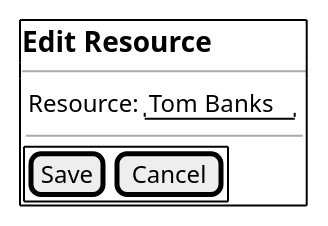
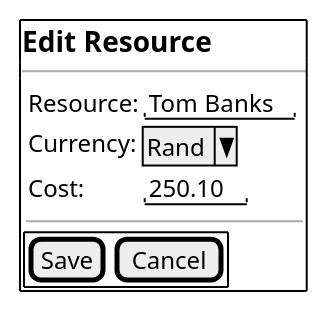
One commit to bobbyache/EffortEstimator changed the diagram in docs/screens/edit-resource.plantuml. Above: the diagram before and after it, drawn with PlantUML. The commit also changed 7 other files, not shown here.

```diff
--- a/docs/screens/edit-resource.plantuml
+++ b/docs/screens/edit-resource.plantuml
@@ -1,18 +1,20 @@
 @startsalt "Edit Resource"
 
     {+
         == Edit Resource
         ---
         {
             {
                 {
                     Resource: | "Tom Banks"
+                    Currency: | ^Rand^
+                    Cost: | "250.10"
                 }
                 ---
             }
             {+
                 [Save] | [Cancel]
             }
         }
     }
 @endsalt
```
